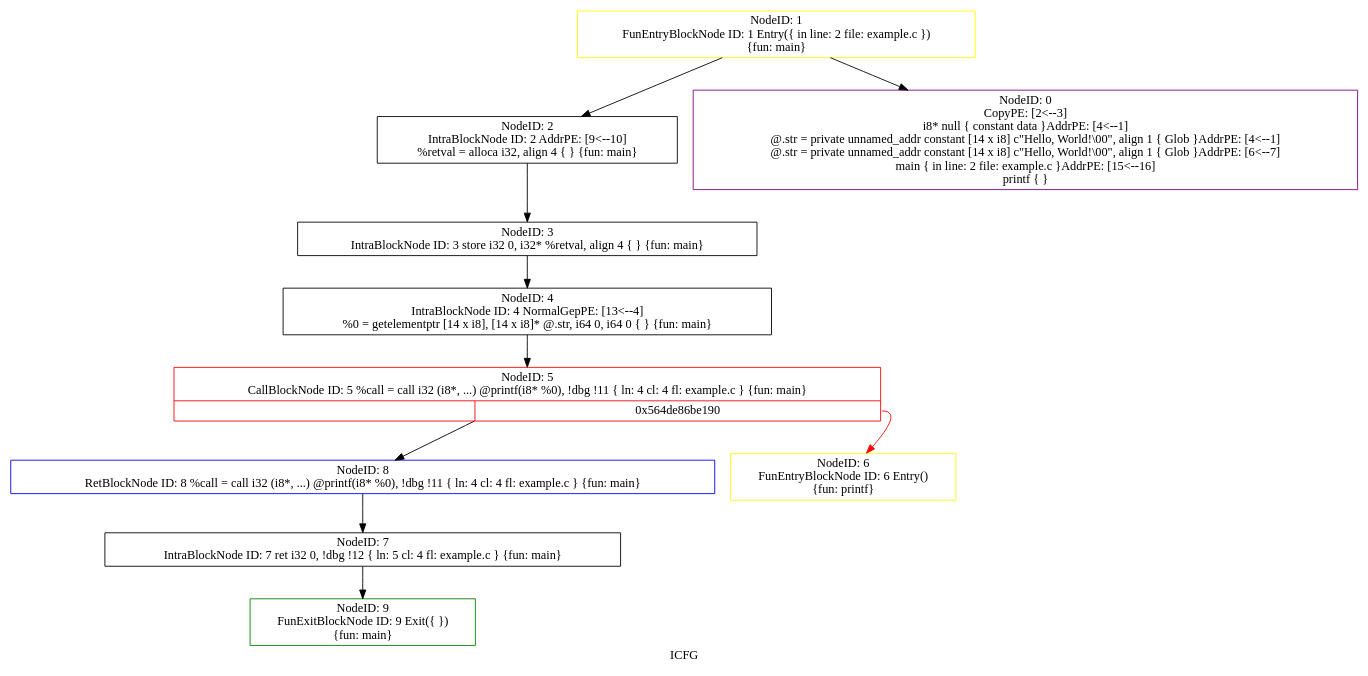
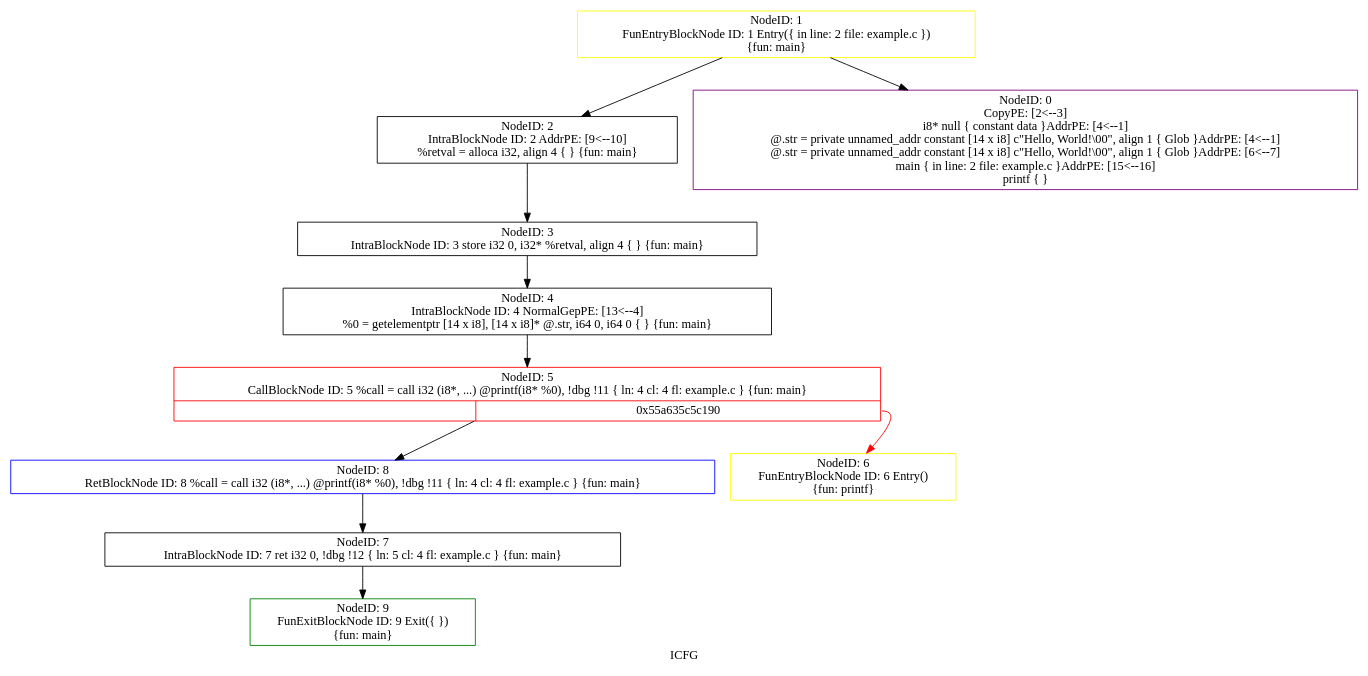
The diagram in icfg.dot (Ian36/Web-SVF), drawn with Graphviz before and after one commit. The commit also changed 73 other files, not shown here.

```diff
--- a/icfg.dot
+++ b/icfg.dot
@@ -1,23 +1,23 @@
 digraph "ICFG" {
 	label="ICFG";
 
-	Node0x564de86cffc0 [shape=record,color=green,label="{NodeID: 9\nFunExitBlockNode ID: 9 Exit(\{  \})\n \{fun: main\}}"];
-	Node0x564de86cfd50 [shape=record,color=blue,label="{NodeID: 8\nRetBlockNode ID: 8   %call = call i32 (i8*, ...) @printf(i8* %0), !dbg !11 \{ ln: 4  cl: 4  fl: example.c \} \{fun: main\}}"];
-	Node0x564de86cfd50 -> Node0x564de86cfc90[style=solid];
-	Node0x564de86cfc90 [shape=record,color=black,label="{NodeID: 7\nIntraBlockNode ID: 7      ret i32 0, !dbg !12 \{ ln: 5  cl: 4  fl: example.c \}    \{fun: main\}}"];
-	Node0x564de86cfc90 -> Node0x564de86cffc0[style=solid];
-	Node0x564de86cfb60 [shape=record,color=yellow,label="{NodeID: 6\nFunEntryBlockNode ID: 6 Entry()\n \{fun: printf\}}"];
-	Node0x564de86bec10 [shape=record,color=red,label="{NodeID: 5\nCallBlockNode ID: 5   %call = call i32 (i8*, ...) @printf(i8* %0), !dbg !11 \{ ln: 4  cl: 4  fl: example.c \} \{fun: main\}|{|<s1>0x564de86be190}}"];
-	Node0x564de86bec10 -> Node0x564de86cfd50[style=solid];
-	Node0x564de86bec10:s1 -> Node0x564de86cfb60[style=solid,color=red];
-	Node0x564de86cf9d0 [shape=record,color=black,label="{NodeID: 4\nIntraBlockNode ID: 4   NormalGepPE: [13\<--4]  \n   %0 = getelementptr [14 x i8], [14 x i8]* @.str, i64 0, i64 0 \{  \} \{fun: main\}}"];
-	Node0x564de86cf9d0 -> Node0x564de86bec10[style=solid];
-	Node0x564de86cf8b0 [shape=record,color=black,label="{NodeID: 3\nIntraBlockNode ID: 3      store i32 0, i32* %retval, align 4 \{  \}    \{fun: main\}}"];
-	Node0x564de86cf8b0 -> Node0x564de86cf9d0[style=solid];
-	Node0x564de86cf640 [shape=record,color=black,label="{NodeID: 2\nIntraBlockNode ID: 2   AddrPE: [9\<--10]  \n   %retval = alloca i32, align 4 \{  \} \{fun: main\}}"];
-	Node0x564de86cf640 -> Node0x564de86cf8b0[style=solid];
-	Node0x564de86cf4e0 [shape=record,color=yellow,label="{NodeID: 1\nFunEntryBlockNode ID: 1 Entry(\{ in line: 2 file: example.c \})\n \{fun: main\}}"];
-	Node0x564de86cf4e0 -> Node0x564de86bf0d0[style=solid];
-	Node0x564de86cf4e0 -> Node0x564de86cf640[style=solid];
-	Node0x564de86bf0d0 [shape=record,color=purple,label="{NodeID: 0\nCopyPE: [2\<--3]  \n i8* null \{ constant data \}AddrPE: [4\<--1]  \n @.str = private unnamed_addr constant [14 x i8] c\"Hello, World!\\00\", align 1 \{ Glob  \}AddrPE: [4\<--1]  \n @.str = private unnamed_addr constant [14 x i8] c\"Hello, World!\\00\", align 1 \{ Glob  \}AddrPE: [6\<--7]  \n main \{ in line: 2 file: example.c \}AddrPE: [15\<--16]  \n printf \{  \}}"];
+	Node0x55a635c6dfc0 [shape=record,color=green,label="{NodeID: 9\nFunExitBlockNode ID: 9 Exit(\{  \})\n \{fun: main\}}"];
+	Node0x55a635c6dd50 [shape=record,color=blue,label="{NodeID: 8\nRetBlockNode ID: 8   %call = call i32 (i8*, ...) @printf(i8* %0), !dbg !11 \{ ln: 4  cl: 4  fl: example.c \} \{fun: main\}}"];
+	Node0x55a635c6dd50 -> Node0x55a635c6dc90[style=solid];
+	Node0x55a635c6dc90 [shape=record,color=black,label="{NodeID: 7\nIntraBlockNode ID: 7      ret i32 0, !dbg !12 \{ ln: 5  cl: 4  fl: example.c \}    \{fun: main\}}"];
+	Node0x55a635c6dc90 -> Node0x55a635c6dfc0[style=solid];
+	Node0x55a635c6db60 [shape=record,color=yellow,label="{NodeID: 6\nFunEntryBlockNode ID: 6 Entry()\n \{fun: printf\}}"];
+	Node0x55a635c5cc10 [shape=record,color=red,label="{NodeID: 5\nCallBlockNode ID: 5   %call = call i32 (i8*, ...) @printf(i8* %0), !dbg !11 \{ ln: 4  cl: 4  fl: example.c \} \{fun: main\}|{|<s1>0x55a635c5c190}}"];
+	Node0x55a635c5cc10 -> Node0x55a635c6dd50[style=solid];
+	Node0x55a635c5cc10:s1 -> Node0x55a635c6db60[style=solid,color=red];
+	Node0x55a635c6d9d0 [shape=record,color=black,label="{NodeID: 4\nIntraBlockNode ID: 4   NormalGepPE: [13\<--4]  \n   %0 = getelementptr [14 x i8], [14 x i8]* @.str, i64 0, i64 0 \{  \} \{fun: main\}}"];
+	Node0x55a635c6d9d0 -> Node0x55a635c5cc10[style=solid];
+	Node0x55a635c6d8b0 [shape=record,color=black,label="{NodeID: 3\nIntraBlockNode ID: 3      store i32 0, i32* %retval, align 4 \{  \}    \{fun: main\}}"];
+	Node0x55a635c6d8b0 -> Node0x55a635c6d9d0[style=solid];
+	Node0x55a635c6d640 [shape=record,color=black,label="{NodeID: 2\nIntraBlockNode ID: 2   AddrPE: [9\<--10]  \n   %retval = alloca i32, align 4 \{  \} \{fun: main\}}"];
+	Node0x55a635c6d640 -> Node0x55a635c6d8b0[style=solid];
+	Node0x55a635c6d4e0 [shape=record,color=yellow,label="{NodeID: 1\nFunEntryBlockNode ID: 1 Entry(\{ in line: 2 file: example.c \})\n \{fun: main\}}"];
+	Node0x55a635c6d4e0 -> Node0x55a635c5d0d0[style=solid];
+	Node0x55a635c6d4e0 -> Node0x55a635c6d640[style=solid];
+	Node0x55a635c5d0d0 [shape=record,color=purple,label="{NodeID: 0\nCopyPE: [2\<--3]  \n i8* null \{ constant data \}AddrPE: [4\<--1]  \n @.str = private unnamed_addr constant [14 x i8] c\"Hello, World!\\00\", align 1 \{ Glob  \}AddrPE: [4\<--1]  \n @.str = private unnamed_addr constant [14 x i8] c\"Hello, World!\\00\", align 1 \{ Glob  \}AddrPE: [6\<--7]  \n main \{ in line: 2 file: example.c \}AddrPE: [15\<--16]  \n printf \{  \}}"];
 }
```
